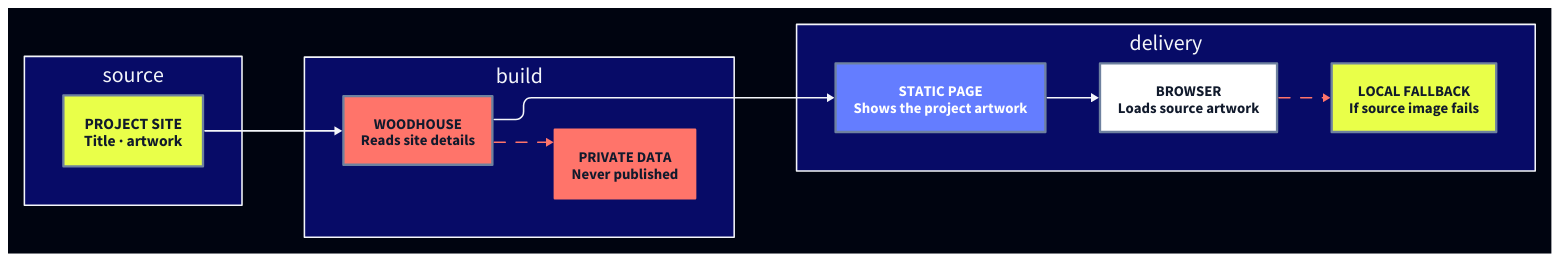
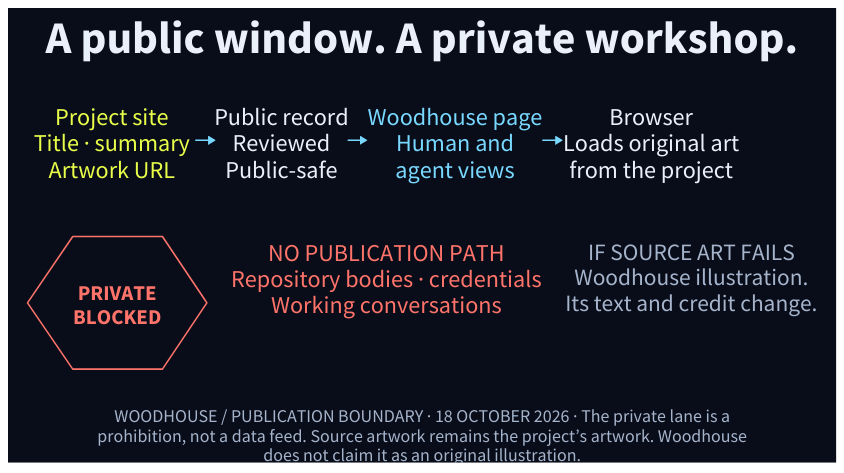
Before and after one commit to loftwah/woodhouse-new: the diagram in public/diagrams/publication-path.d2, drawn with D2. The commit also changed 83 other files, not shown here.

Commit message:
Rebuild Woodhouse technical plates and the founding feature

```diff
--- a/public/diagrams/publication-path.d2
+++ b/public/diagrams/publication-path.d2
@@ -1,26 +1,106 @@
+# Woodhouse authored technical plate. Reviewed 18 October 2026.
+# Shape grammar: text = work; circle = responsibility; diamond = decision;
+# labelled stop = evidence boundary; dashed line = return or conditional path.
+# This is a method/relationship, not a claim that every project passed it.
+vars: {d2-config: {layout-engine: elk; theme-id: 0; pad: 16}}
+style.fill: "#080D19"
 direction: right
-vars: {d2-config: {layout-engine: elk; theme-id: 201}}
+grid-columns: 1
+vertical-gap: 22
 
-source: {
-  direction: down
-  site: "PROJECT SITE\nTitle · artwork" {style.fill: "#E9FF49"; style.stroke: "#6E819F"; style.stroke-width: 3; style.font-color: "#111A2C"; style.font-size: 20; style.bold: true}
+plate_title: "A public window. A private workshop." {
+  shape: text
+  style.font-color: "#EAF0FA"
+  style.font-size: 58
+  style.fill: "transparent"
+  style.stroke: "#EAF0FA"
+  style.stroke-width: 0
+  style.bold: true
 }
-
-build: {
-  direction: down
-  woodhouse: "WOODHOUSE\nReads site details" {style.fill: "#FF746A"; style.stroke: "#6E819F"; style.stroke-width: 3; style.font-color: "#111A2C"; style.font-size: 19; style.bold: true}
-  private: "PRIVATE DATA\nNever published" {style.fill: "#FF746A"; style.stroke: "#FF746A"; style.stroke-width: 3; style.font-color: "#111A2C"; style.font-size: 19; style.bold: true}
-  woodhouse -> private {style.stroke: "#FF746A"; style.stroke-dash: 7}
+plate_title.near: top-center
+public: "" {
+  style.fill: transparent
+  style.stroke-width: 0
+  grid-rows: 1
+  grid-columns: 4
+  grid-gap: 26
+site: "Project site\nTitle · summary\nArtwork URL" {
+  shape: text
+  style.font-color: "#E9FF49"
+  style.font-size: 31
+  style.fill: "transparent"
+  style.stroke: "#E9FF49"
+  style.stroke-width: 0
 }
-
-delivery: {
-  direction: down
-  page: "STATIC PAGE\nShows the project artwork" {style.fill: "#647DFF"; style.stroke: "#6E819F"; style.stroke-width: 3; style.font-color: "#FFFFFF"; style.font-size: 19; style.bold: true}
-  browser: "BROWSER\nLoads source artwork" {style.fill: "#FFFFFF"; style.stroke: "#6E819F"; style.stroke-width: 3; style.font-color: "#111A2C"; style.font-size: 19; style.bold: true}
-  fallback: "LOCAL FALLBACK\nIf source image fails" {style.fill: "#E9FF49"; style.stroke: "#6E819F"; style.stroke-width: 3; style.font-color: "#111A2C"; style.font-size: 19; style.bold: true}
-  page -> browser
-  browser -> fallback {style.stroke: "#FF746A"; style.stroke-dash: 7}
+record: "Public record\nReviewed\nPublic-safe" {
+  shape: text
+  style.font-color: "#EAF0FA"
+  style.font-size: 31
+  style.fill: "transparent"
+  style.stroke: "#EAF0FA"
+  style.stroke-width: 0
 }
-
-source.site -> build.woodhouse
-build.woodhouse -> delivery.page
+page: "Woodhouse page\nHuman and\nagent views" {
+  shape: text
+  style.font-color: "#79D8FF"
+  style.font-size: 31
+  style.fill: "transparent"
+  style.stroke: "#79D8FF"
+  style.stroke-width: 0
+}
+browser: "Browser\nLoads original art\nfrom the project" {
+  shape: text
+  style.font-color: "#EAF0FA"
+  style.font-size: 31
+  style.fill: "transparent"
+  style.stroke: "#EAF0FA"
+  style.stroke-width: 0
+}
+site -> record: "" {style.stroke: "#79D8FF"; style.stroke-width: 2; style.font-color: "#79D8FF"; style.font-size: 22;}
+record -> page: "" {style.stroke: "#79D8FF"; style.stroke-width: 2; style.font-color: "#79D8FF"; style.font-size: 22;}
+page -> browser: "" {style.stroke: "#79D8FF"; style.stroke-width: 2; style.font-color: "#79D8FF"; style.font-size: 22;}
+}
+boundary: "" {
+  style.fill: transparent
+  style.stroke-width: 0
+  grid-rows: 1
+  grid-columns: 3
+  grid-gap: 25
+private: "PRIVATE\nBLOCKED" {
+  label.near: center-center
+  shape: hexagon
+  style.font-color: "#FF746A"
+  style.font-size: 27
+  style.fill: "transparent"
+  style.stroke: "#FF746A"
+  style.stroke-width: 2
+  width: 230
+  height: 170
+  style.bold: true
+}
+denied: "NO PUBLICATION PATH\nRepository bodies · credentials\nWorking conversations" {
+  shape: text
+  style.font-color: "#FF746A"
+  style.font-size: 31
+  style.fill: "transparent"
+  style.stroke: "#FF746A"
+  style.stroke-width: 0
+}
+fallback: "IF SOURCE ART FAILS\nWoodhouse illustration.\nIts text and credit change." {
+  shape: text
+  style.font-color: "#A6B4CB"
+  style.font-size: 30
+  style.fill: "transparent"
+  style.stroke: "#A6B4CB"
+  style.stroke-width: 0
+}
+}
+plate_note: "WOODHOUSE / PUBLICATION BOUNDARY · 18 OCTOBER 2026 · The private lane is a\nprohibition, not a data feed. Source artwork remains the project’s artwork. Woodhouse\ndoes not claim it as an original illustration." {
+  shape: text
+  style.font-color: "#A6B4CB"
+  style.font-size: 23
+  style.fill: "transparent"
+  style.stroke: "#A6B4CB"
+  style.stroke-width: 0
+}
+plate_note.near: bottom-center
```
